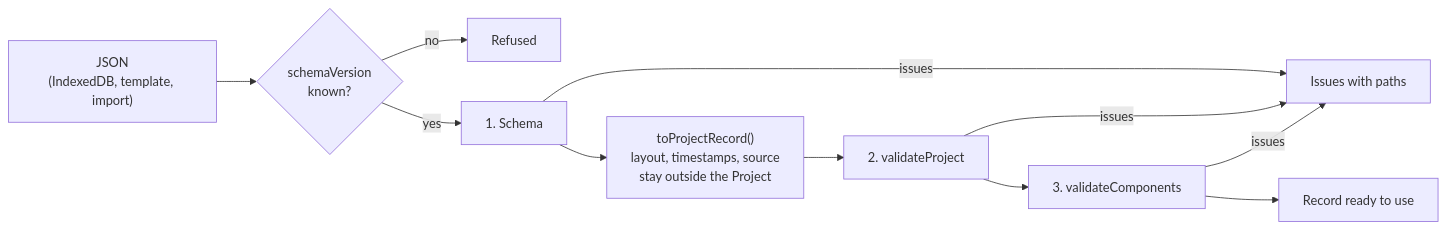
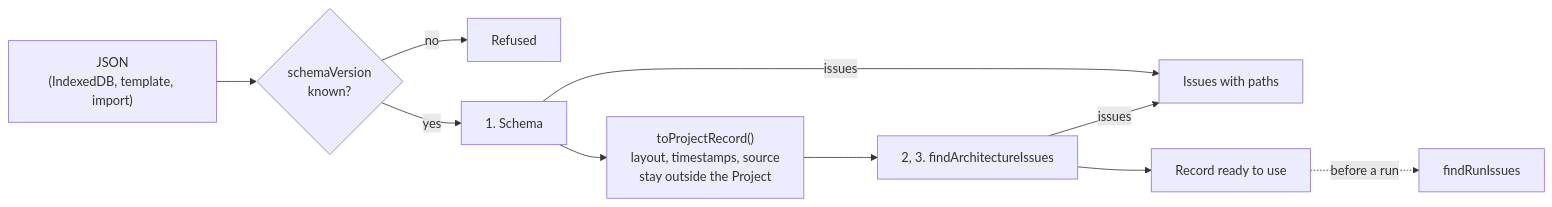
The third of 3 diagrams in docs/architecture/domain-model.md (alanbickel/wind-tunnel), drawn with Mermaid before and after one commit. The commit also changed other lines of this file and 72 other files, not shown here.

Commit message:
feat: validate workflows apart from the architecture (#100)

````diff
--- a/docs/architecture/domain-model.md
+++ b/docs/architecture/domain-model.md
@@ -56,13 +61,12 @@
 ```mermaid
 flowchart LR
     J["JSON<br/>(IndexedDB, template, import)"] --> V{schemaVersion<br/>known?}
     V -->|no| X[Refused]
     V -->|yes| S[1. Schema]
     S -->|issues| I[Issues with paths]
     S --> M["toProjectRecord()<br/>layout, timestamps, source<br/>stay outside the Project"]
-    M --> P[2. validateProject]
-    P -->|issues| I
-    P --> C[3. validateComponents]
-    C -->|issues| I
-    C --> OK[Record ready to use]
+    M --> A["2, 3. findArchitectureIssues"]
+    A -->|issues| I
+    A --> OK[Record ready to use]
+    OK -.->|"before a run"| R["findRunIssues"]
 ```
````
